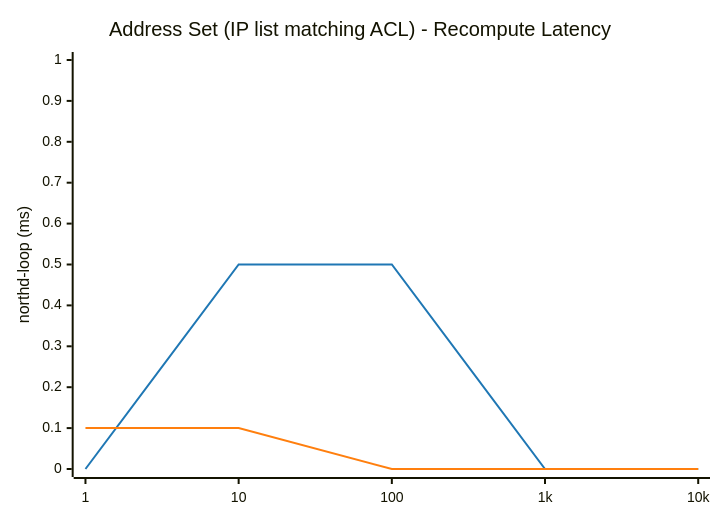
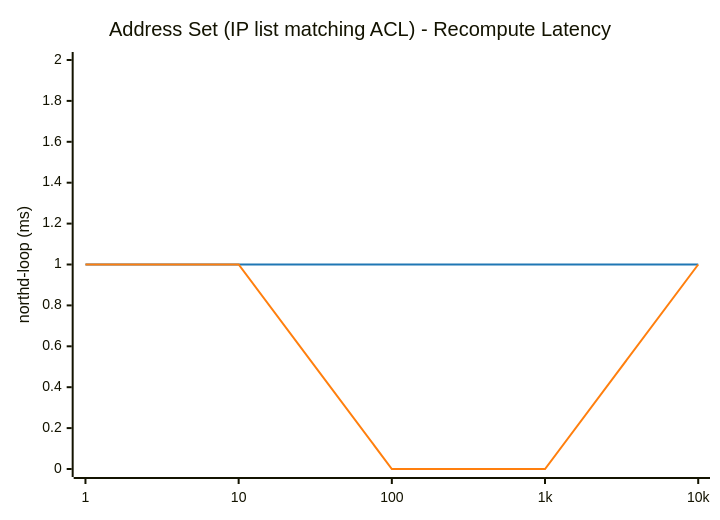
One commit to LionelJouin/ovs-ovn-bench changed the fifth of 14 diagrams in results/BENCHMARK_REPORT.md. Above: the diagram before and after it, drawn with Mermaid. The commit also changed other lines of this file and 4 other files, not shown here.

````diff
--- a/results/BENCHMARK_REPORT.md
+++ b/results/BENCHMARK_REPORT.md
@@ -361,14 +361,14 @@
 ```mermaid
 ---
 config:
     themeVariables:
         xyChart:
             plotColorPalette: "#1f77b4, #ff7f0e"
 ---
 xychart-beta
     title "Address Set (IP list matching ACL) - Recompute Latency"
     x-axis ["1", "10", "100", "1k", "10k"]
-    y-axis "northd-loop (ms)" 0 --> 1
-    line "glibc malloc" [0.0, 0.5, 0.5, 0.0, 0.0]
-    line "jemalloc" [0.1, 0.1, 0.0, 0.0, 0.0]
+    y-axis "northd-loop (ms)" 0 --> 2
+    line "glibc malloc" [1.0, 1.0, 1.0, 1.0, 1.0]
+    line "jemalloc" [1.0, 1.0, 0.0, 0.0, 1.0]
 ```
````
